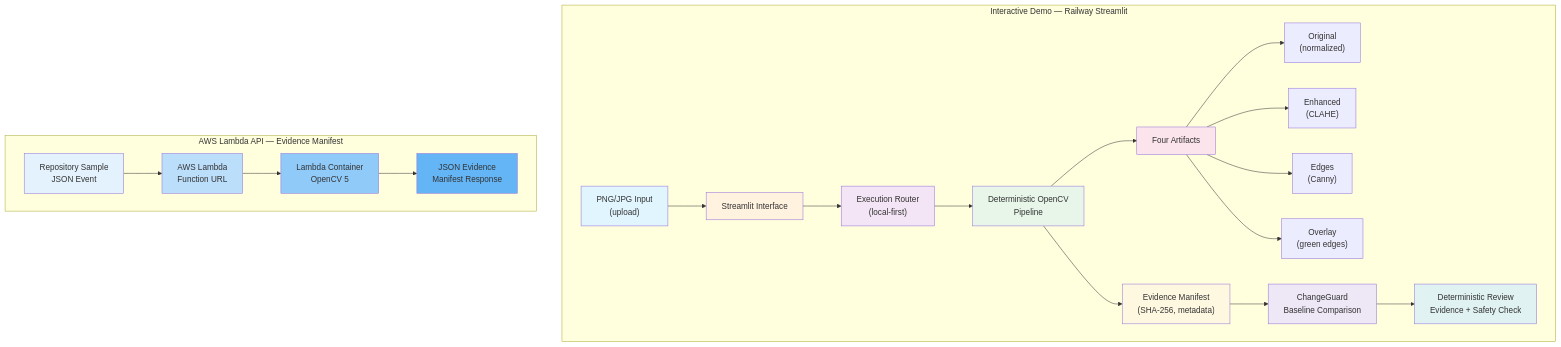
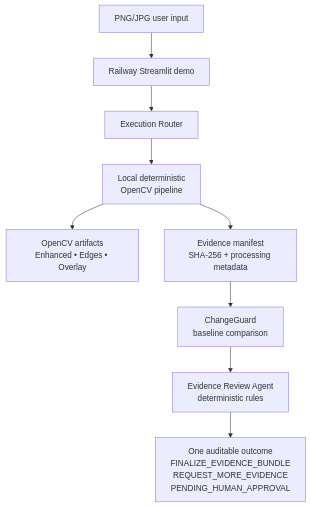
One commit to draculess99/MRI-Vision-Core changed the first of 2 diagrams in hackathon/opencv_aws/README.md. Above: the diagram before and after it, drawn with Mermaid. The commit also changed other lines of this file and 6 other files, not shown here.

Commit message:
feat(opencv): add deterministic evidence review agent

````diff
--- a/hackathon/opencv_aws/README.md
+++ b/hackathon/opencv_aws/README.md
@@ -15,35 +17,11 @@
 ```mermaid
-graph TD
-    subgraph Interactive["Interactive Demo — Railway Streamlit"]
-        A["PNG/JPG Input<br/>(upload)"] --> B["Streamlit Interface"]
-        B --> C["Execution Router<br/>(local-first)"]
-        C --> D["Deterministic OpenCV<br/>Pipeline"]
-        D --> E["Four Artifacts"]
-        E --> F1["Original<br/>(normalized)"]
-        E --> F2["Enhanced<br/>(CLAHE)"]
-        E --> F3["Edges<br/>(Canny)"]
-        E --> F4["Overlay<br/>(green edges)"]
-        D --> G["Evidence Manifest<br/>(SHA-256, metadata)"]
-        G --> H["ChangeGuard<br/>Baseline Comparison"]
-        H --> I["Deterministic Review<br/>Evidence + Safety Check"]
-    end
-
-    subgraph AWS_API["AWS Lambda API — Evidence Manifest"]
-        J["Repository Sample<br/>JSON Event"] --> K["AWS Lambda<br/>Function URL"]
-        K --> L["Lambda Container<br/>OpenCV 5"]
-        L --> M["JSON Evidence<br/>Manifest Response"]
-    end
-
-    style A fill:#e1f5ff
-    style B fill:#fff3e0
-    style C fill:#f3e5f5
-    style D fill:#e8f5e9
-    style E fill:#fce4ec
-    style G fill:#fff8e1
-    style H fill:#ede7f6
-    style I fill:#e0f2f1
-    style J fill:#e3f2fd
-    style K fill:#bbdefb
-    style L fill:#90caf9
-    style M fill:#64b5f6
+flowchart TD
+    A["PNG/JPG user input"] --> B["Railway Streamlit demo"]
+    B --> C["Execution Router"]
+    C --> D["Local deterministic<br/>OpenCV pipeline"]
+    D --> E["OpenCV artifacts<br/>Enhanced • Edges • Overlay"]
+    D --> F["Evidence manifest<br/>SHA-256 + processing metadata"]
+    F --> G["ChangeGuard<br/>baseline comparison"]
+    G --> H["Evidence Review Agent<br/>deterministic rules"]
+    H --> I["One auditable outcome<br/>FINALIZE_EVIDENCE_BUNDLE<br/>REQUEST_MORE_EVIDENCE<br/>PENDING_HUMAN_APPROVAL"]
 ```
````
